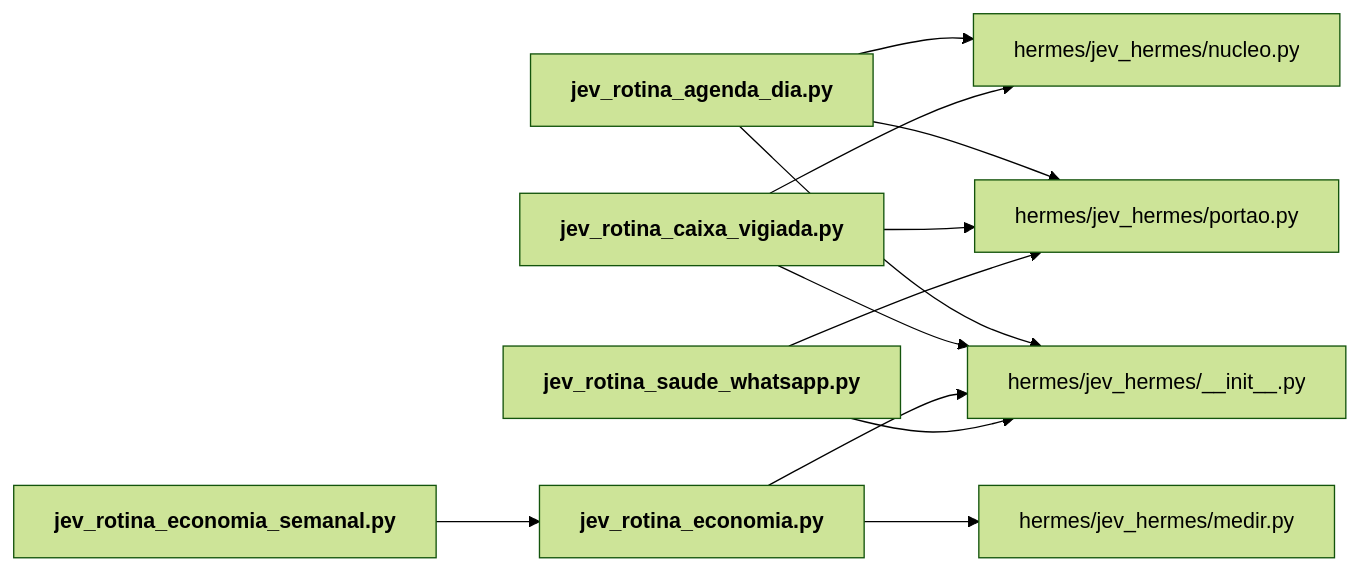
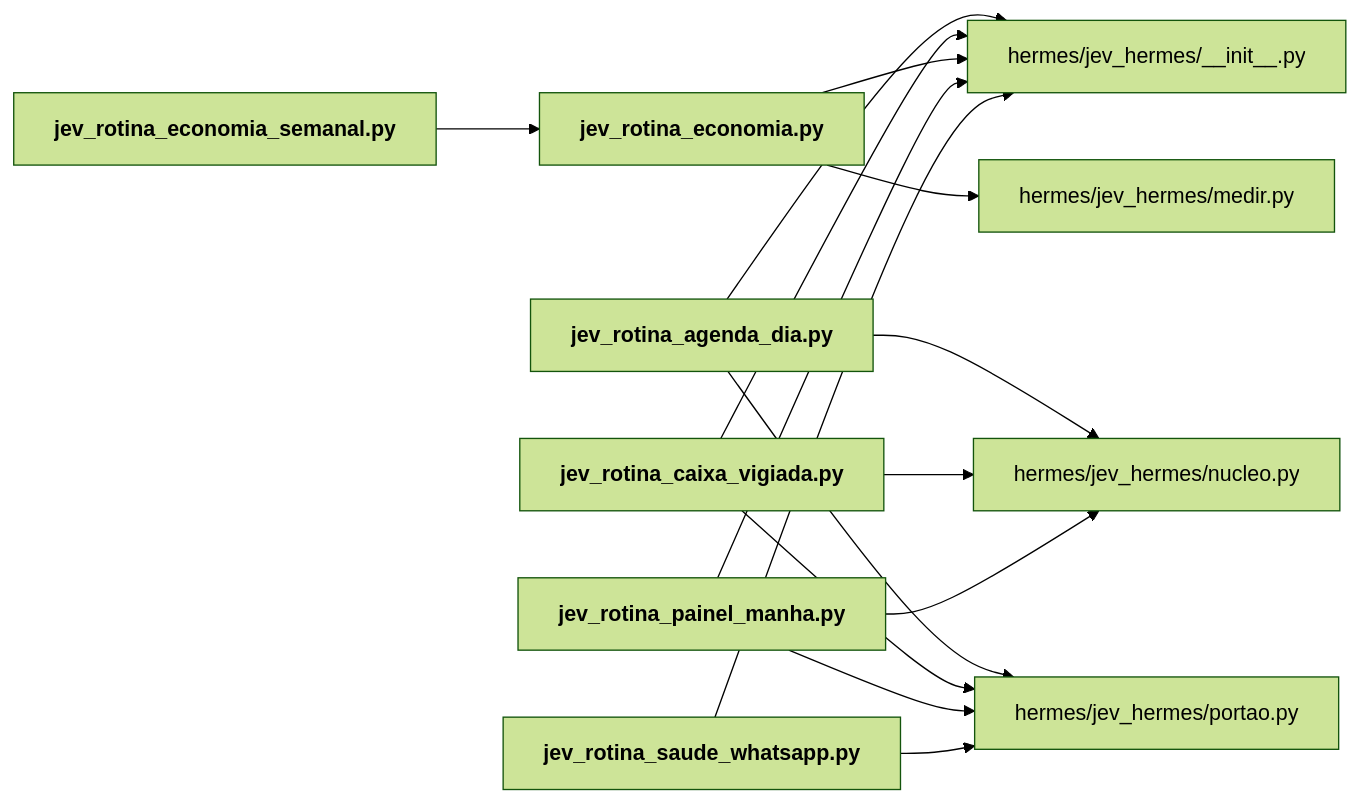
The diagram in mapa/pastas/hermes__rotinas.md (igormorais123/JEV), drawn with Mermaid (forest theme) before and after one commit. The commit also changed other lines of this file and 44 other files, not shown here.

````diff
--- a/mapa/pastas/hermes__rotinas.md
+++ b/mapa/pastas/hermes__rotinas.md
@@ -21,23 +22,27 @@
 ```mermaid
 flowchart LR
   n_hermes_jev_hermes___init___py["hermes/jev_hermes/__init__.py"]
   n_hermes_jev_hermes_medir_py["hermes/jev_hermes/medir.py"]
   n_hermes_jev_hermes_nucleo_py["hermes/jev_hermes/nucleo.py"]
   n_hermes_jev_hermes_portao_py["hermes/jev_hermes/portao.py"]
   n_hermes_rotinas_jev_rotina_agenda_dia_py["<b>jev_rotina_agenda_dia.py</b>"]
   n_hermes_rotinas_jev_rotina_caixa_vigiada_py["<b>jev_rotina_caixa_vigiada.py</b>"]
   n_hermes_rotinas_jev_rotina_economia_py["<b>jev_rotina_economia.py</b>"]
   n_hermes_rotinas_jev_rotina_economia_semanal_py["<b>jev_rotina_economia_semanal.py</b>"]
+  n_hermes_rotinas_jev_rotina_painel_manha_py["<b>jev_rotina_painel_manha.py</b>"]
   n_hermes_rotinas_jev_rotina_saude_whatsapp_py["<b>jev_rotina_saude_whatsapp.py</b>"]
   n_hermes_rotinas_jev_rotina_agenda_dia_py --> n_hermes_jev_hermes___init___py
   n_hermes_rotinas_jev_rotina_agenda_dia_py --> n_hermes_jev_hermes_nucleo_py
   n_hermes_rotinas_jev_rotina_agenda_dia_py --> n_hermes_jev_hermes_portao_py
   n_hermes_rotinas_jev_rotina_caixa_vigiada_py --> n_hermes_jev_hermes___init___py
   n_hermes_rotinas_jev_rotina_caixa_vigiada_py --> n_hermes_jev_hermes_nucleo_py
   n_hermes_rotinas_jev_rotina_caixa_vigiada_py --> n_hermes_jev_hermes_portao_py
   n_hermes_rotinas_jev_rotina_economia_py --> n_hermes_jev_hermes___init___py
   n_hermes_rotinas_jev_rotina_economia_py --> n_hermes_jev_hermes_medir_py
   n_hermes_rotinas_jev_rotina_economia_semanal_py --> n_hermes_rotinas_jev_rotina_economia_py
+  n_hermes_rotinas_jev_rotina_painel_manha_py --> n_hermes_jev_hermes___init___py
+  n_hermes_rotinas_jev_rotina_painel_manha_py --> n_hermes_jev_hermes_nucleo_py
+  n_hermes_rotinas_jev_rotina_painel_manha_py --> n_hermes_jev_hermes_portao_py
   n_hermes_rotinas_jev_rotina_saude_whatsapp_py --> n_hermes_jev_hermes___init___py
   n_hermes_rotinas_jev_rotina_saude_whatsapp_py --> n_hermes_jev_hermes_portao_py
 ```
````
